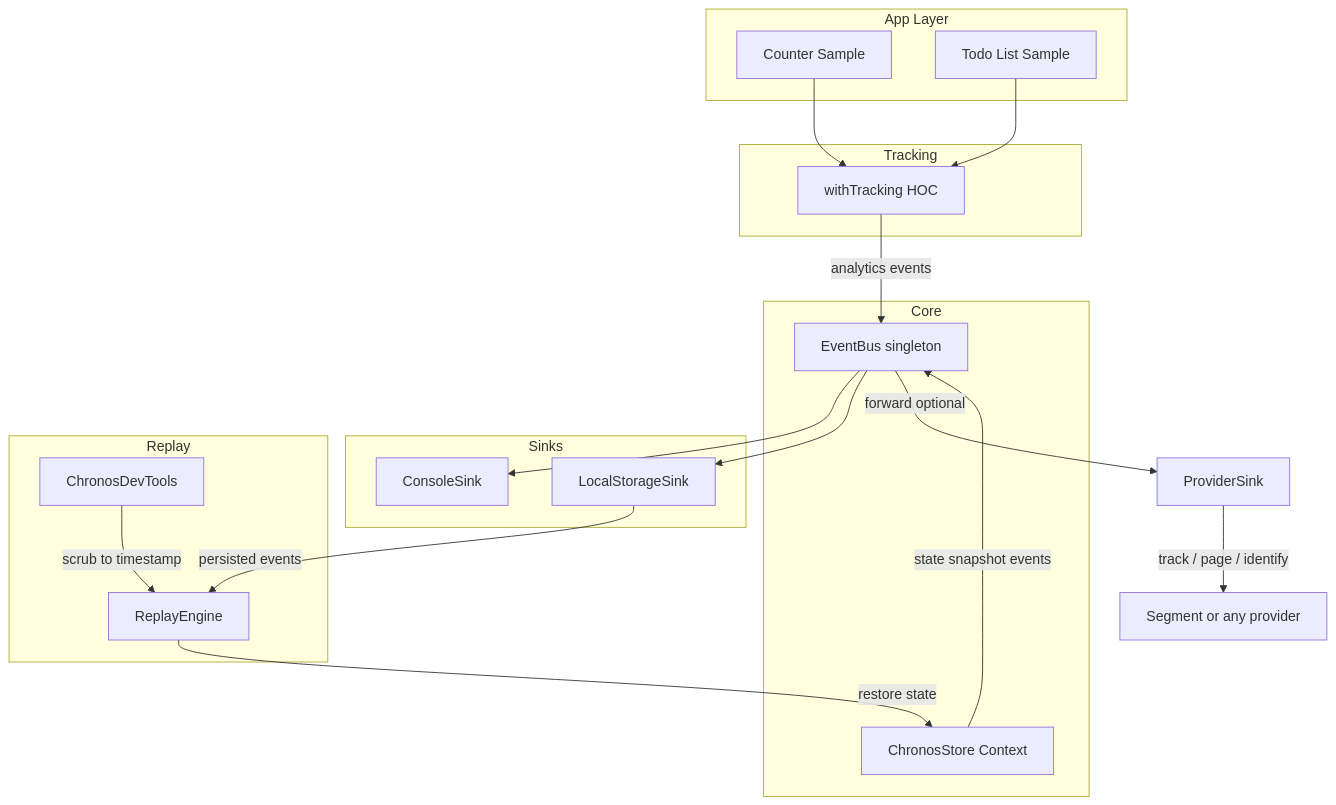
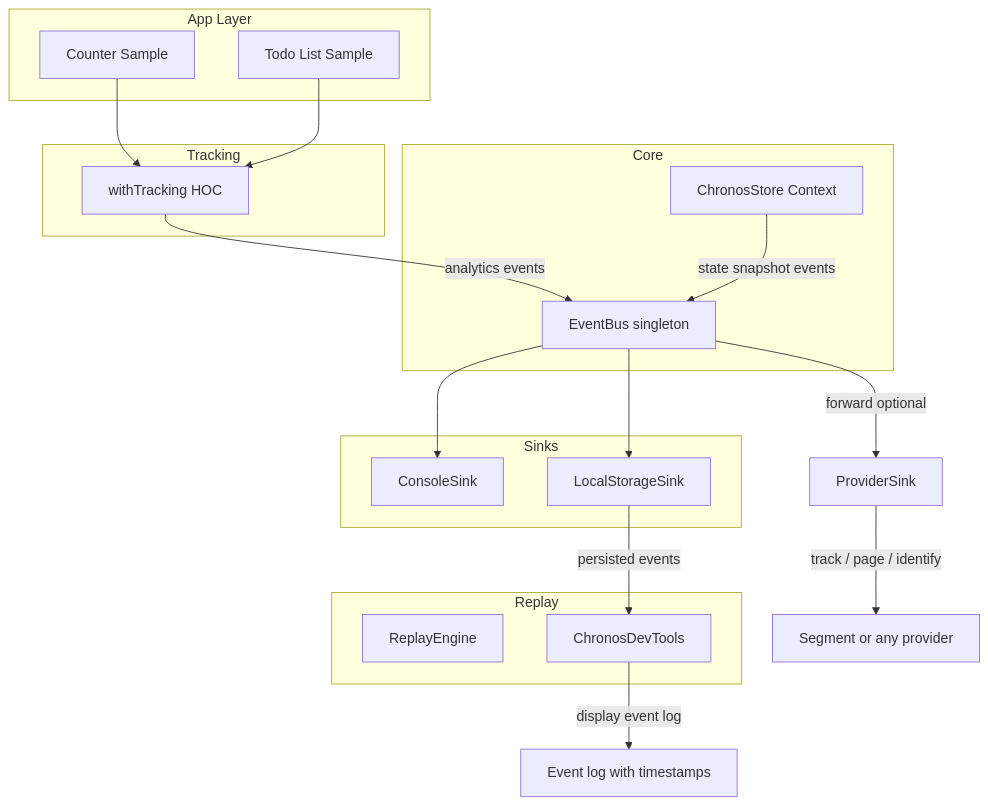
Before and after one commit to kritb-earnin/chronos-analytics: the diagram in AGENTS.md, drawn with Mermaid. The commit also changed other lines of this file and 27 other files, not shown here.

````diff
--- a/AGENTS.md
+++ b/AGENTS.md
@@ -19,33 +36,32 @@
 ```mermaid
 flowchart TB
   subgraph app [App Layer]
     Counter[Counter Sample]
     TodoList[Todo List Sample]
   end
   subgraph tracking [Tracking]
     withTracking[withTracking HOC]
   end
   subgraph core [Core]
     EventBus[EventBus singleton]
     ChronosStore[ChronosStore Context]
   end
   subgraph sinks [Sinks]
     ConsoleSink[ConsoleSink]
     LocalStorageSink[LocalStorageSink]
   end
   subgraph replay [Replay]
     ReplayEngine[ReplayEngine]
     DevTools[ChronosDevTools]
   end
   Counter --> withTracking
   TodoList --> withTracking
   withTracking -->|analytics events| EventBus
   ChronosStore -->|state snapshot events| EventBus
   EventBus --> ConsoleSink
   EventBus --> LocalStorageSink
   EventBus -->|forward optional| ProviderSink[ProviderSink]
-  LocalStorageSink -->|persisted events| ReplayEngine
-  ReplayEngine -->|restore state| ChronosStore
-  DevTools -->|scrub to timestamp| ReplayEngine
+  LocalStorageSink -->|persisted events| DevTools
+  DevTools -->|display event log| EventLog[Event log with timestamps]
   ProviderSink -->|track / page / identify| Segment[Segment or any provider]
 ```
````
